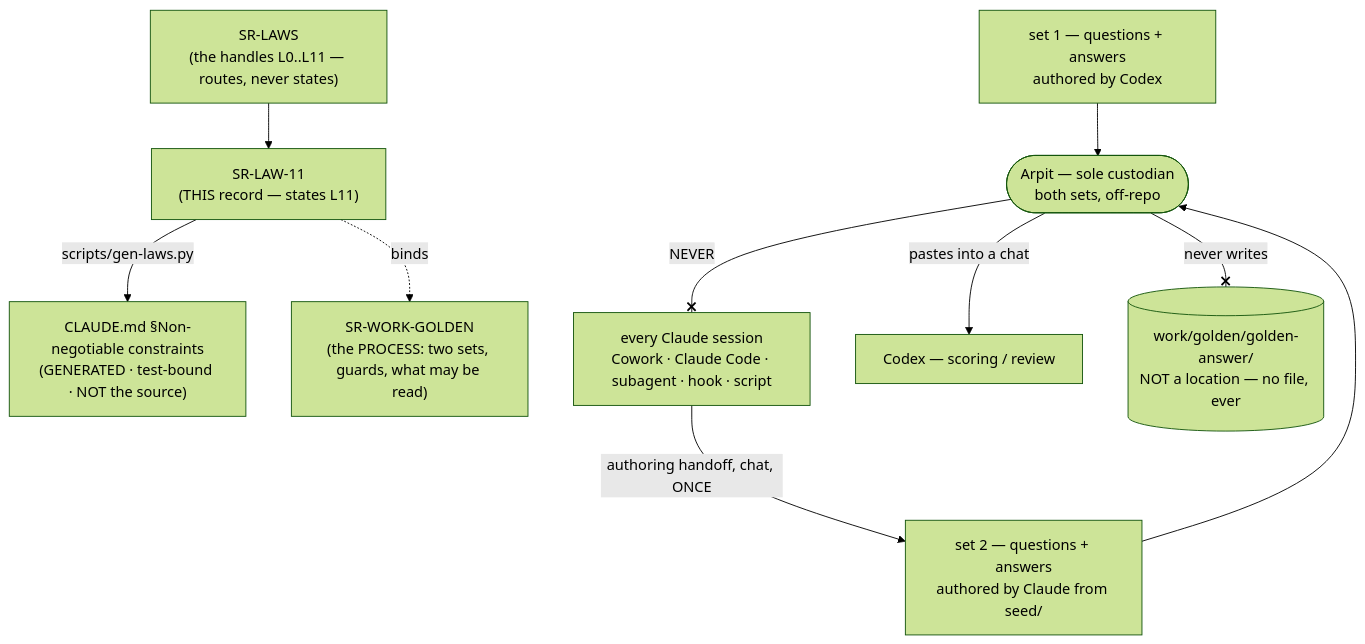
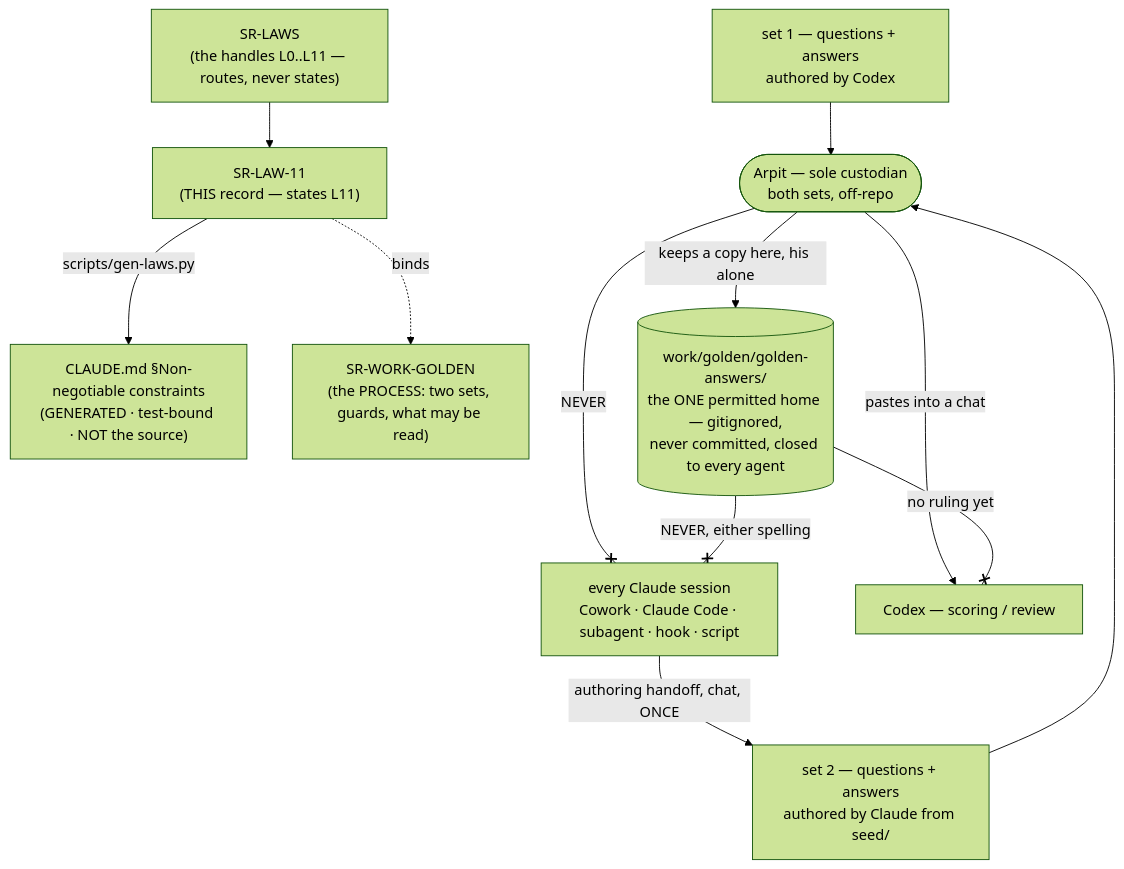
Before and after one commit to arpitarya/fux: the diagram in records/0012_LAW-11-sealed-answer-key.md, drawn with Mermaid (forest theme). The commit also changed other lines of this file and 33 other files, not shown here.

````diff
--- a/records/0012_LAW-11-sealed-answer-key.md
+++ b/records/0012_LAW-11-sealed-answer-key.md
@@ -72,22 +85,24 @@
 ```mermaid
 flowchart TD
     N["SR-LAWS<br/>(the handles L0..L11 — routes, never states)"]
     L["SR-LAW-11<br/>(THIS record — states L11)"]
     C["CLAUDE.md §Non-negotiable constraints<br/>(GENERATED · test-bound · NOT the source)"]
     P["SR-WORK-GOLDEN<br/>(the PROCESS: two sets, guards, what may be read)"]
     A(["Arpit — sole custodian<br/>both sets, off-repo"])
     SA["set 2 — questions + answers<br/>authored by Claude from seed/"]
     SB["set 1 — questions + answers<br/>authored by Codex"]
     X["every Claude session<br/>Cowork · Claude Code · subagent · hook · script"]
     CX["Codex — scoring / review"]
-    K[("work/golden/golden-answer/<br/>NOT a location — no file, ever")]
+    K[("work/golden/golden-answers/<br/>the ONE permitted home — gitignored,<br/>never committed, closed to every agent")]
     N --> L
     L -- "scripts/gen-laws.py" --> C
     L -. "binds" .-> P
     X -- "authoring handoff, chat, ONCE" --> SA
     SA --> A
     SB --> A
     A -- "pastes into a chat" --> CX
     A -- "NEVER" --x X
-    A -- "never writes" --x K
+    A -- "keeps a copy here, his alone" --> K
+    K -- "NEVER, either spelling" --x X
+    K -- "no ruling yet" --x CX
 ```
````
